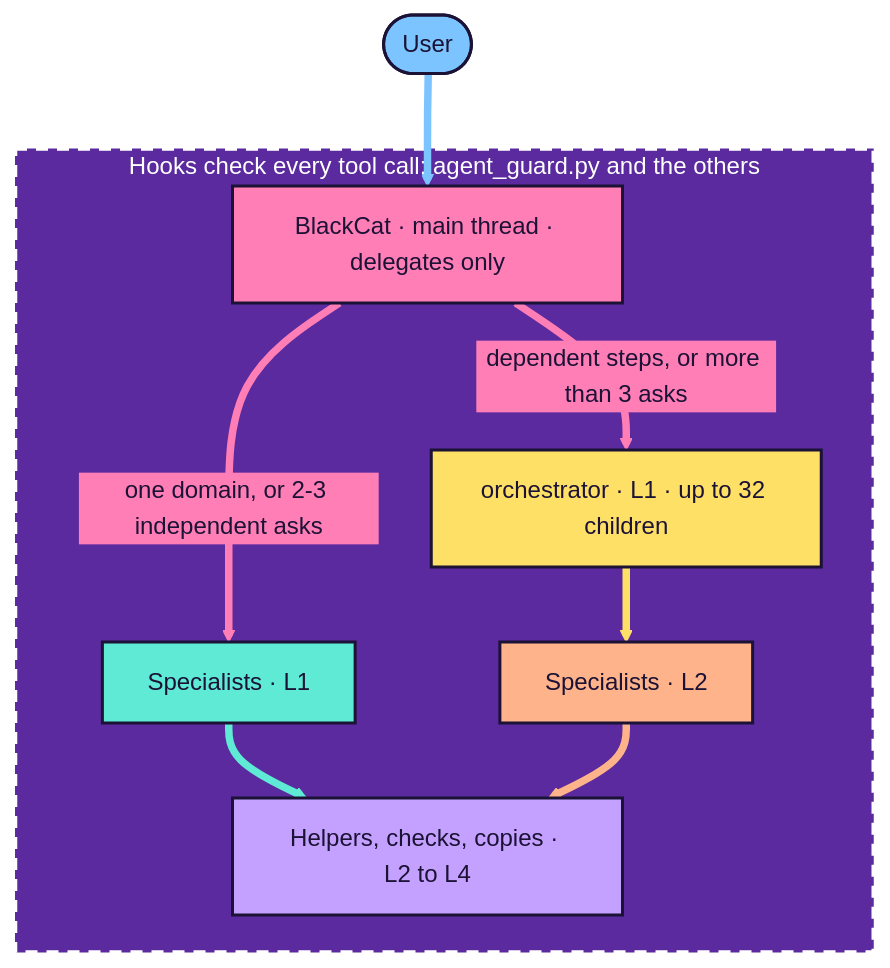
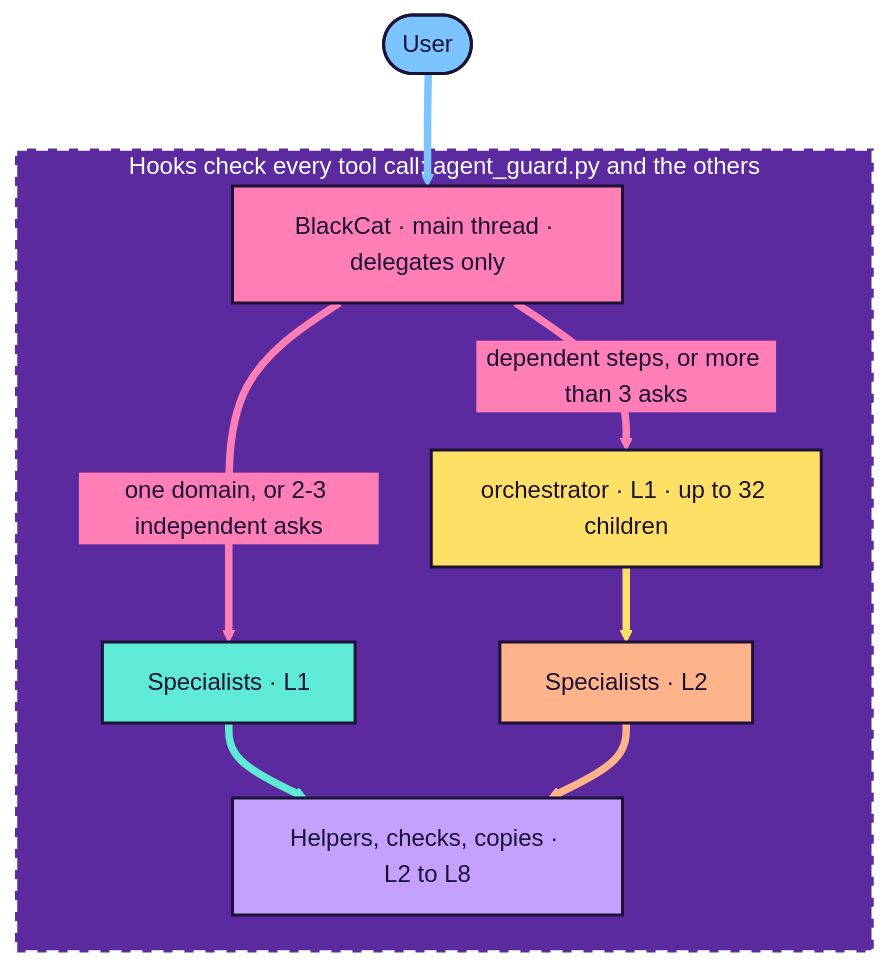
The diagram in docs/diagrams/architecture.mmd (pmrjge/blackcat), drawn with Mermaid before and after one commit. The commit also changed 14 other files, not shown here.

```diff
--- a/docs/diagrams/architecture.mmd
+++ b/docs/diagrams/architecture.mmd
@@ -1,35 +1,35 @@
 %%{init: {'theme':'base','themeVariables': {'fontFamily':'-apple-system, Segoe UI, Helvetica, Arial, sans-serif','primaryTextColor':'#1b1236','primaryBorderColor':'#1b1236','lineColor':'#5b2a9e','clusterBkg':'#5b2a9e','clusterBorder':'#ffffff','titleColor':'#ffffff','edgeLabelBackground':'#ff7eb6'}}}%%
 flowchart TD
   accTitle: claude-agent-stack architecture
   accDescr: The user talks to BlackCat, which delegates each job to specialists or to the orchestrator. Specialists spawn helpers down to level 4. Hooks check every tool call of every agent.
   U(["User"])
   subgraph T["Hooks check every tool call: agent_guard.py and the others"]
     B["BlackCat · main thread · delegates only"]
     S1["Specialists · L1"]
     O["orchestrator · L1 · up to 32 children"]
     S2["Specialists · L2"]
-    H["Helpers, checks, copies · L2 to L4"]
+    H["Helpers, checks, copies · L2 to L8"]
   end
   U --> B
   B -->|"one domain, or 2-3 independent asks"| S1
   B -->|"dependent steps, or more than 3 asks"| O
   O --> S2
   S1 --> H
   S2 --> H
   %% Candy palette, same as docs/diagrams/architecture.svg: one fill per node,
   %% dark text #1b1236 on every fill, each edge in its source node's colour.
   style U fill:#7cc4ff,stroke:#1b1236,stroke-width:2px,color:#1b1236
   style B fill:#ff7eb6,stroke:#1b1236,stroke-width:2px,color:#1b1236
   style S1 fill:#5eead4,stroke:#1b1236,stroke-width:2px,color:#1b1236
   style O fill:#ffe066,stroke:#1b1236,stroke-width:2px,color:#1b1236
   style S2 fill:#ffb38a,stroke:#1b1236,stroke-width:2px,color:#1b1236
   style H fill:#c4a1ff,stroke:#1b1236,stroke-width:2px,color:#1b1236
   style T fill:#5b2a9e,stroke:#ffffff,stroke-width:3px,stroke-dasharray:8 6,color:#ffffff
   %% linkStyle index = edge order above: 0 U->B (sky), 1 B->S1 (pink),
   %% 2 B->O (pink), 3 O->S2 (lemon), 4 S1->H (mint), 5 S2->H (peach)
   linkStyle 0 stroke:#7cc4ff,stroke-width:5px
   linkStyle 1 stroke:#ff7eb6,stroke-width:5px
   linkStyle 2 stroke:#ff7eb6,stroke-width:5px
   linkStyle 3 stroke:#ffe066,stroke-width:5px
   linkStyle 4 stroke:#5eead4,stroke-width:5px
   linkStyle 5 stroke:#ffb38a,stroke-width:5px
```
